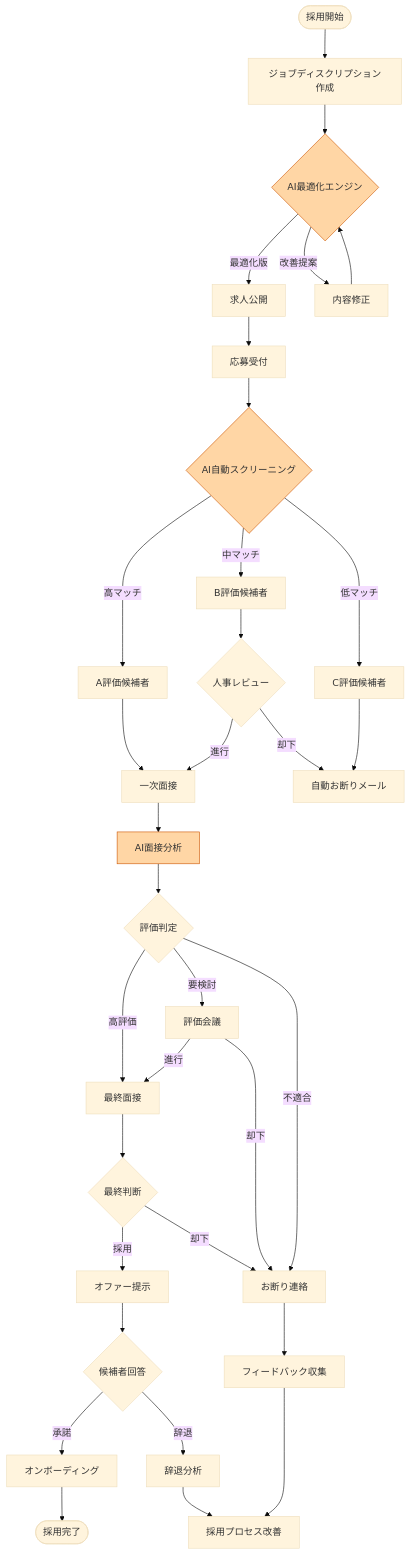
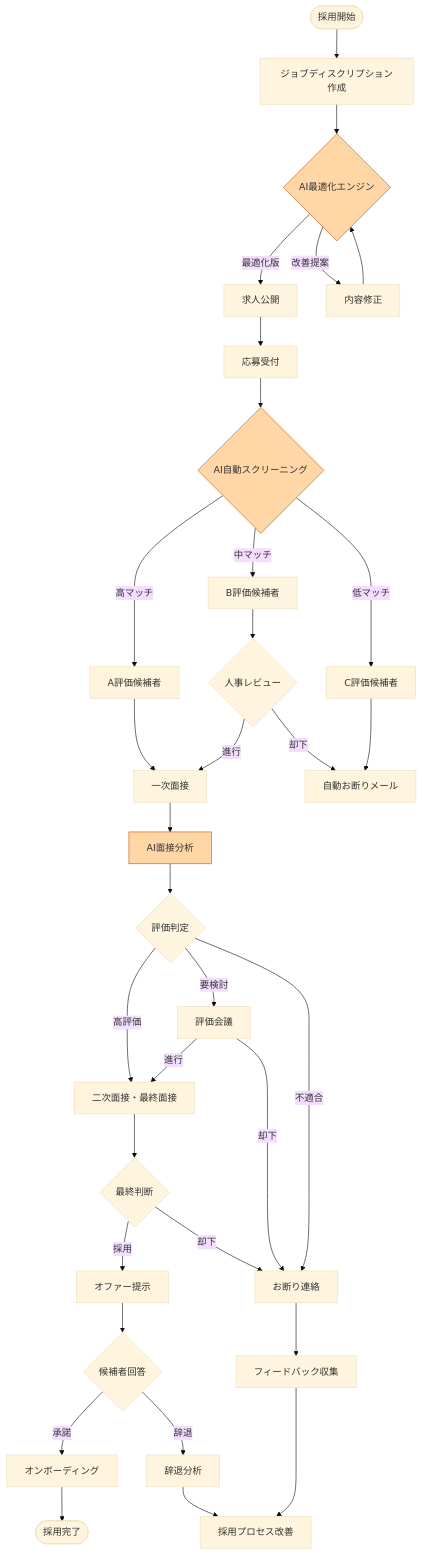
The sixth of 9 diagrams in Architecture_&_Visual_Reference.md (yf591/hrx-ai), drawn with Mermaid (base theme) before and after one commit. The commit also changed other lines of this file, not shown here.

````diff
--- a/Architecture_&_Visual_Reference.md
+++ b/Architecture_&_Visual_Reference.md
@@ -249,48 +265,48 @@
 ```mermaid
 flowchart TD
     Start([採用開始]) --> JD[ジョブディスクリプション作成]
     JD --> AIOptimize{AI最適化エンジン}
     AIOptimize -->|最適化版| Publish[求人公開]
     AIOptimize -->|改善提案| Revise[内容修正]
     Revise --> AIOptimize
     
     Publish --> Receive[応募受付]
     Receive --> AIScreen{AI自動スクリーニング}
     
     AIScreen -->|高マッチ| HighMatch[A評価候補者]
     AIScreen -->|中マッチ| MidMatch[B評価候補者]
     AIScreen -->|低マッチ| LowMatch[C評価候補者]
     
     HighMatch --> Interview1[一次面接]
     MidMatch --> HRReview{人事レビュー}
     LowMatch --> AutoReject[自動お断りメール]
     
     HRReview -->|進行| Interview1
     HRReview -->|却下| AutoReject
     
     Interview1 --> AIFeedback[AI面接分析]
     AIFeedback --> Score{評価判定}
     
-    Score -->|高評価| Interview2[最終面接]
+    Score -->|高評価| Interview2[二次面接・最終面接]
     Score -->|要検討| Panel[評価会議]
     Score -->|不適合| Reject[お断り連絡]
     
     Panel -->|進行| Interview2
     Panel -->|却下| Reject
     
     Interview2 --> Final{最終判断}
     Final -->|採用| Offer[オファー提示]
     Final -->|却下| Reject
     
     Offer --> Response{候補者回答}
     Response -->|承諾| Onboarding[オンボーディング]
     Response -->|辞退| Analysis[辞退分析]
     
     Analysis --> Improve[採用プロセス改善]
     Onboarding --> Success([採用完了])
     Reject --> Feedback[フィードバック収集]
     Feedback --> Improve
     
     class AIOptimize,AIScreen,AIFeedback highlight
     classDef highlight fill:#ffd6a5,stroke:#cc5500
 ```
````
